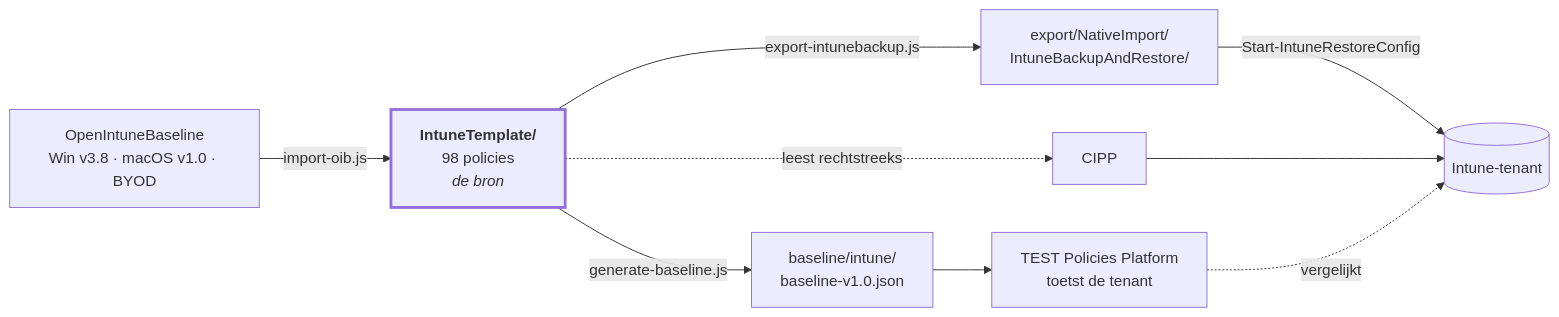
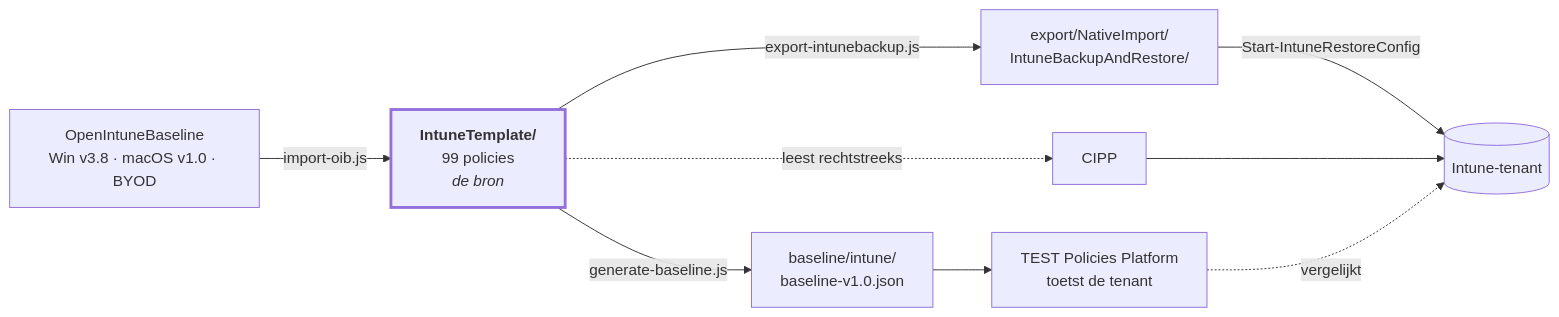
One commit to sjkanon/IntuneBackup changed the diagram in README.md. Above: the diagram before and after it, drawn with Mermaid. The commit also changed other lines of this file and 11 other files, not shown here.

````diff
--- a/README.md
+++ b/README.md
@@ -17,19 +17,19 @@
 ```mermaid
 flowchart LR
   OIB["OpenIntuneBaseline<br/>Win v3.8 · macOS v1.0 · BYOD"]
-  T["<b>IntuneTemplate/</b><br/>98 policies<br/><i>de bron</i>"]
+  T["<b>IntuneTemplate/</b><br/>99 policies<br/><i>de bron</i>"]
   BL["baseline/intune/<br/>baseline-v1.0.json"]
   EX["export/NativeImport/<br/>IntuneBackupAndRestore/"]
   TENANT[("Intune-tenant")]
 
   OIB -->|import-oib.js| T
   T -->|generate-baseline.js| BL
   T -->|export-intunebackup.js| EX
   T -.->|leest rechtstreeks| CIPP[CIPP]
   BL --> PLAT["TEST Policies Platform<br/>toetst de tenant"]
   EX -->|Start-IntuneRestoreConfig| TENANT
   CIPP --> TENANT
   PLAT -.->|vergelijkt| TENANT
 
   style T stroke-width:3px
 ```
````
